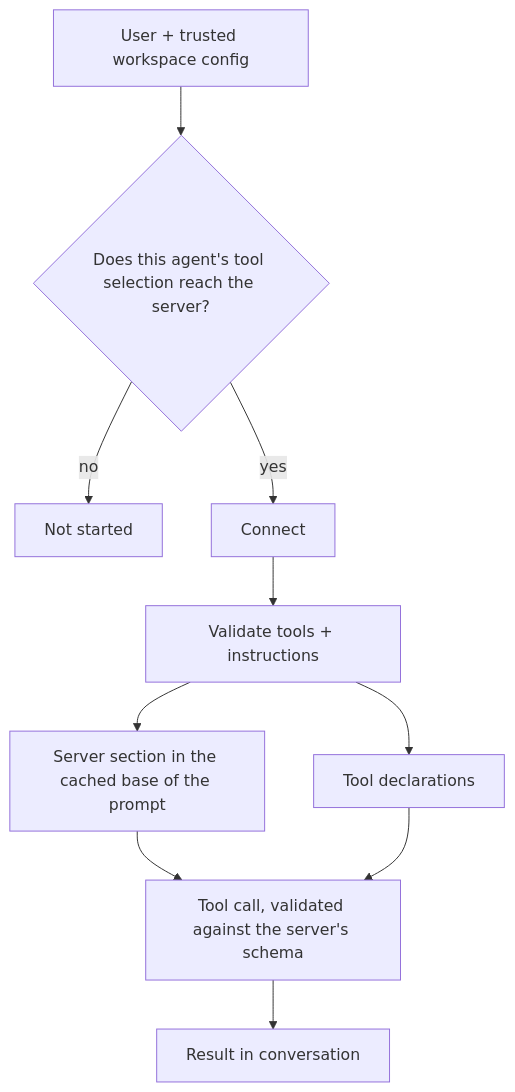
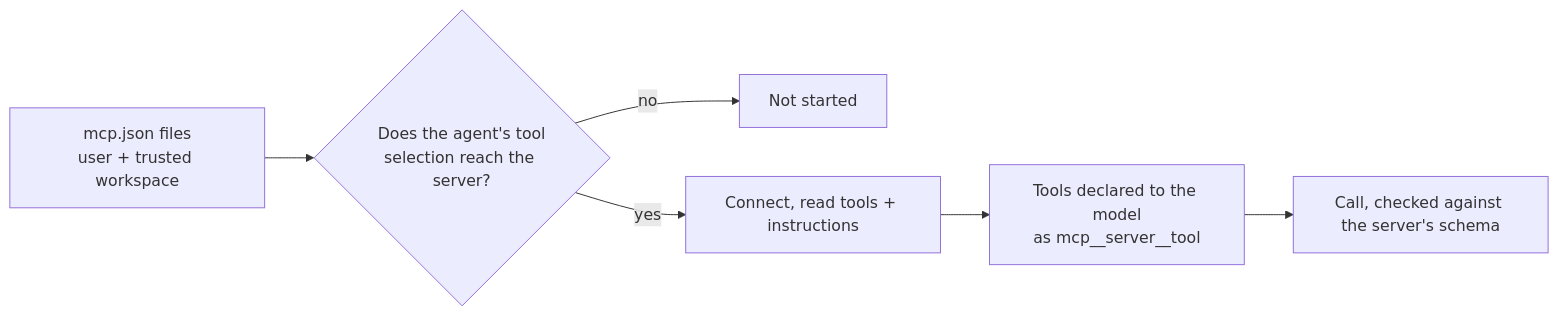
Before and after one commit to bgauryy/octocode-coding-agent: the diagram in packages/coding-agent/docs/mcp.md, drawn with Mermaid. The commit also changed other lines of this file and 439 other files, not shown here.

````diff
--- a/packages/coding-agent/docs/mcp.md
+++ b/packages/coding-agent/docs/mcp.md
@@ -67,12 +5,8 @@
 ```mermaid
-flowchart TB
-    G["User + trusted workspace config"] --> S{"Does this agent's tool selection reach the server?"}
+flowchart LR
+    C["mcp.json files<br/>user + trusted workspace"] --> S{"Does the agent's tool<br/>selection reach the server?"}
     S -- no --> N["Not started"]
-    S -- yes --> C["Connect"]
-    C --> K["Validate tools + instructions"]
-    K --> F["Server section in the cached base of the prompt"]
-    K --> D["Tool declarations"]
-    F --> R["Tool call, validated against the server's schema"]
-    D --> R
-    R --> H["Result in conversation"]
+    S -- yes --> K["Connect, read tools + instructions"]
+    K --> P["Tools declared to the model<br/>as mcp__server__tool"]
+    P --> R["Call, checked against the server's schema"]
 ```
````
